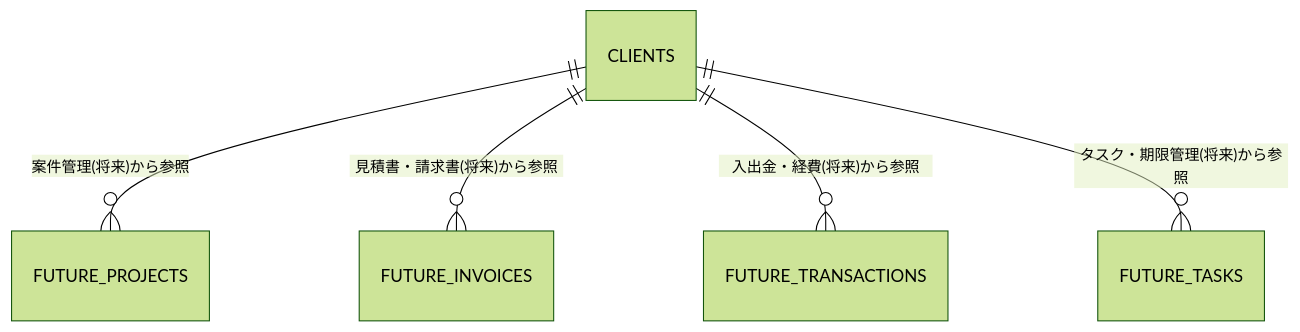
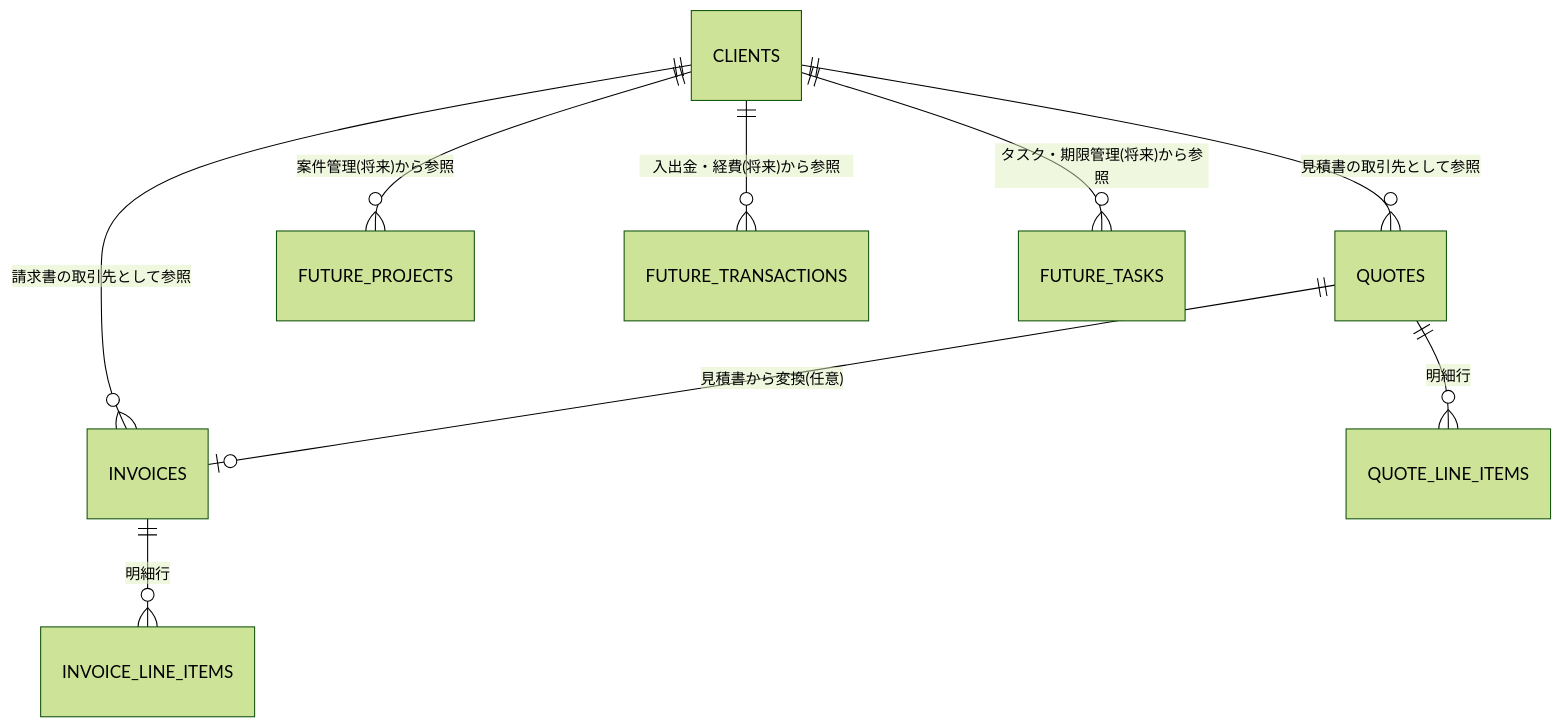
Before and after one commit to eiai00000001-cell/jimu-hub: the third of 3 diagrams in docs/03_architect/基本設計書.md, drawn with Mermaid (forest theme). The commit also changed other lines of this file and 1 other file, not shown here.

First line of the commit message:
docs: design quotes and invoices for iteration 1

````diff
--- a/docs/03_architect/基本設計書.md
+++ b/docs/03_architect/基本設計書.md
@@ -192,7 +375,11 @@
 ```mermaid
 erDiagram
+  CLIENTS ||--o{ QUOTES : "見積書の取引先として参照"
+  CLIENTS ||--o{ INVOICES : "請求書の取引先として参照"
+  QUOTES ||--o{ QUOTE_LINE_ITEMS : "明細行"
+  INVOICES ||--o{ INVOICE_LINE_ITEMS : "明細行"
+  QUOTES ||--o| INVOICES : "見積書から変換(任意)"
   CLIENTS ||--o{ FUTURE_PROJECTS : "案件管理(将来)から参照"
-  CLIENTS ||--o{ FUTURE_INVOICES : "見積書・請求書(将来)から参照"
   CLIENTS ||--o{ FUTURE_TRANSACTIONS : "入出金・経費(将来)から参照"
   CLIENTS ||--o{ FUTURE_TASKS : "タスク・期限管理(将来)から参照"
 ```
````
